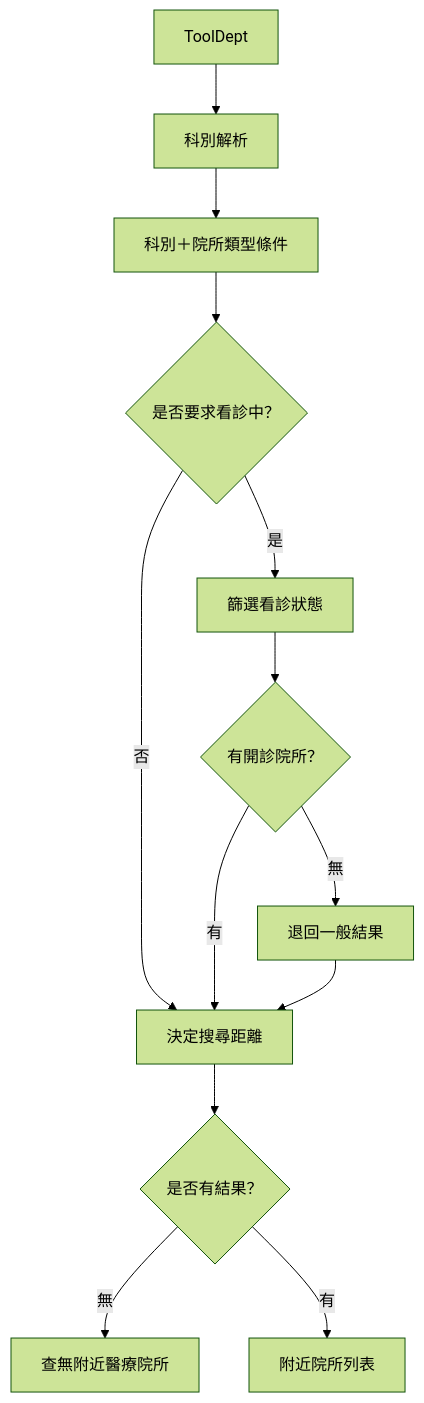
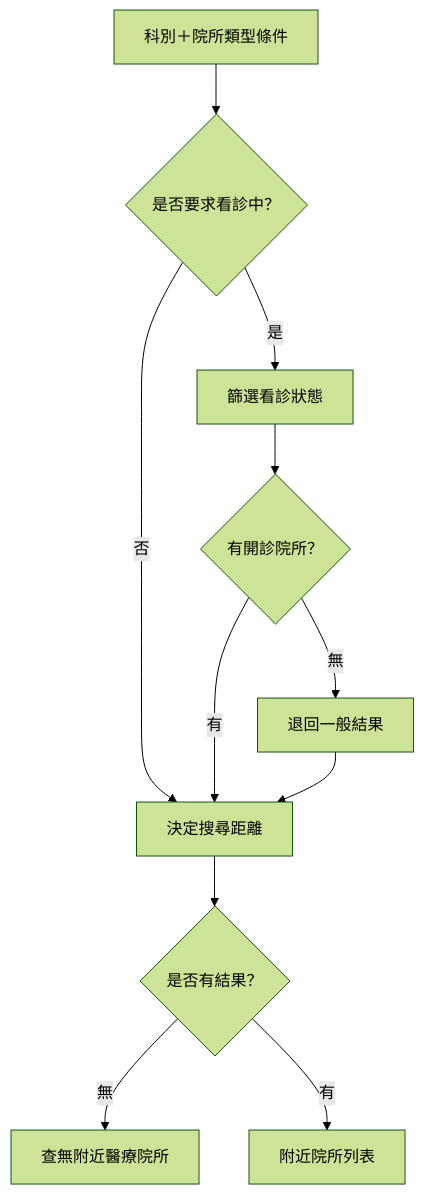
Diagram 11 of 20 in 系統設計文件(SDD).md (Yanagi-0912/CARE-Documents), drawn with Mermaid (forest theme) before and after one commit. The commit also changed other lines of this file, not shown here.

````diff
--- a/系統設計文件(SDD).md
+++ b/系統設計文件(SDD).md
@@ -544,18 +581,17 @@
 ```mermaid
 flowchart TD
-    ToolDept["ToolDept"] --> Dept["科別解析"]
-    Dept --> Combine["科別＋院所類型條件"]
-    Combine --> OpenNow{"是否要求看診中？"}
+    
+    Combine["科別＋院所類型條件"] --> OpenNow{"是否要求看診中？"}
     OpenNow -->|是| FilterOpen["篩選看診狀態"]
     OpenNow -->|否| ResolveTier["決定搜尋距離"]
 
     FilterOpen --> HasOpen{"有開診院所？"}
     HasOpen -->|有| ResolveTier
     HasOpen -->|無| Fallback["退回一般結果"]
 
     Fallback --> ResolveTier
     ResolveTier --> NearbyCount{"是否有結果？"}
 
     NearbyCount -->|無| NoNearby["查無附近醫療院所"]
     NearbyCount -->|有| NearbyCarousel["附近院所列表"]
 ```
````
